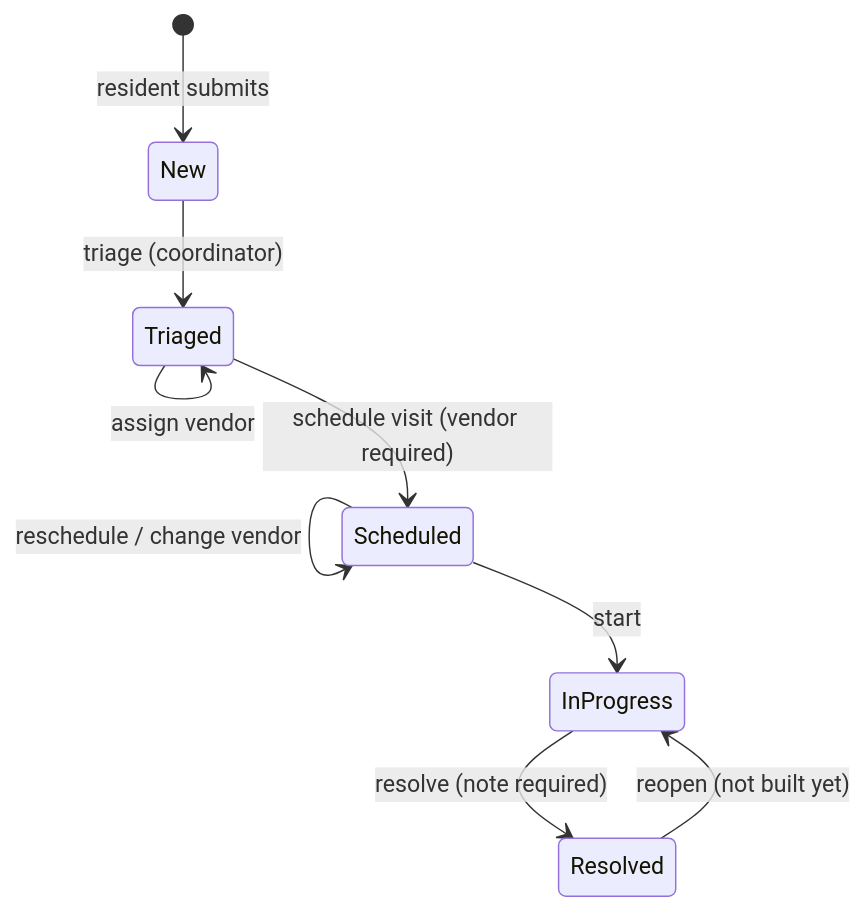
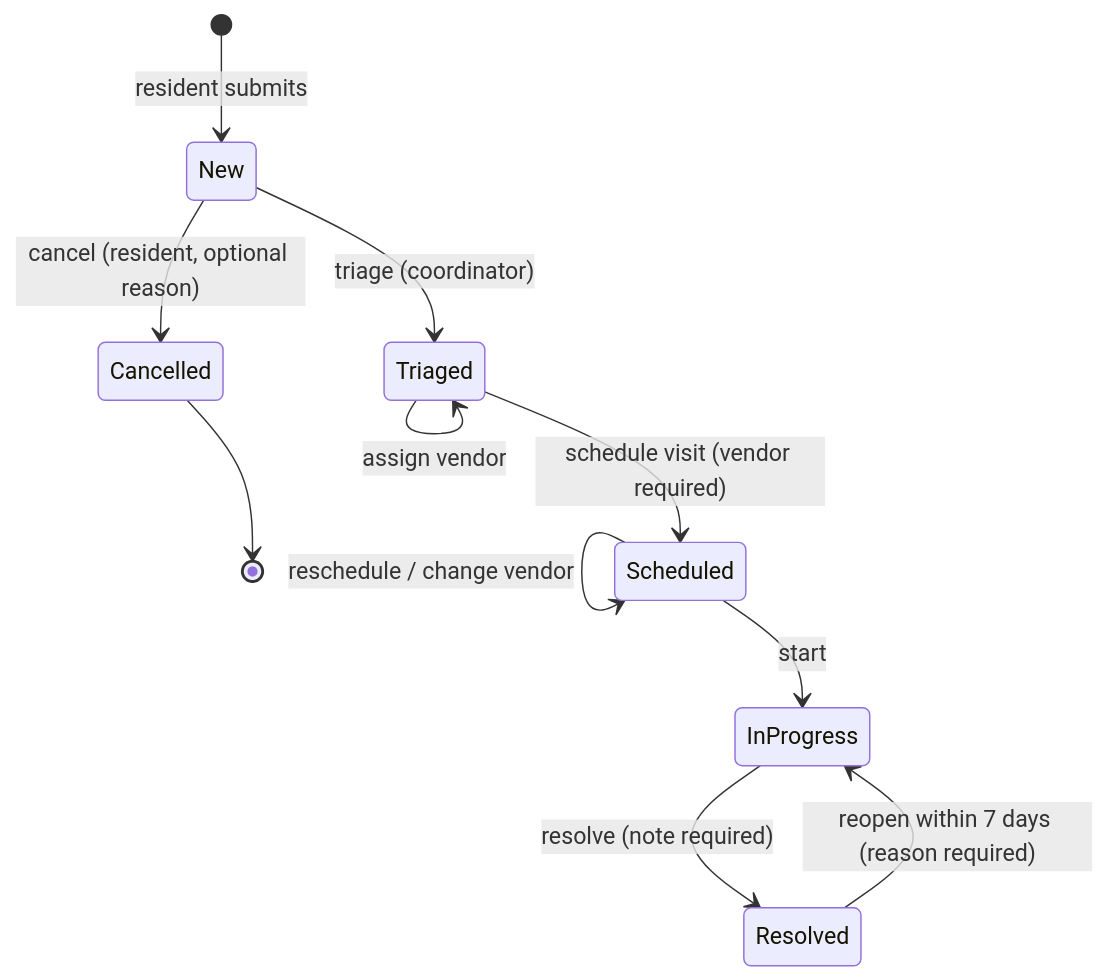
One commit to kennjaramilla/keyway changed the second of 3 diagrams in docs/application-flow.md. Above: the diagram before and after it, drawn with Mermaid. The commit also changed other lines of this file and 3 other files, not shown here.

First line of the commit message:
update docs for cancel, reopen and the assistant changes

````diff
--- a/docs/application-flow.md
+++ b/docs/application-flow.md
@@ -38,11 +38,13 @@
 ```mermaid
 stateDiagram-v2
   [*] --> New: resident submits
   New --> Triaged: triage (coordinator)
+  New --> Cancelled: cancel (resident, optional reason)
   Triaged --> Triaged: assign vendor
   Triaged --> Scheduled: schedule visit (vendor required)
   Scheduled --> Scheduled: reschedule / change vendor
   Scheduled --> InProgress: start
   InProgress --> Resolved: resolve (note required)
-  Resolved --> InProgress: reopen (not built yet)
+  Resolved --> InProgress: reopen within 7 days (reason required)
+  Cancelled --> [*]
 ```
````
